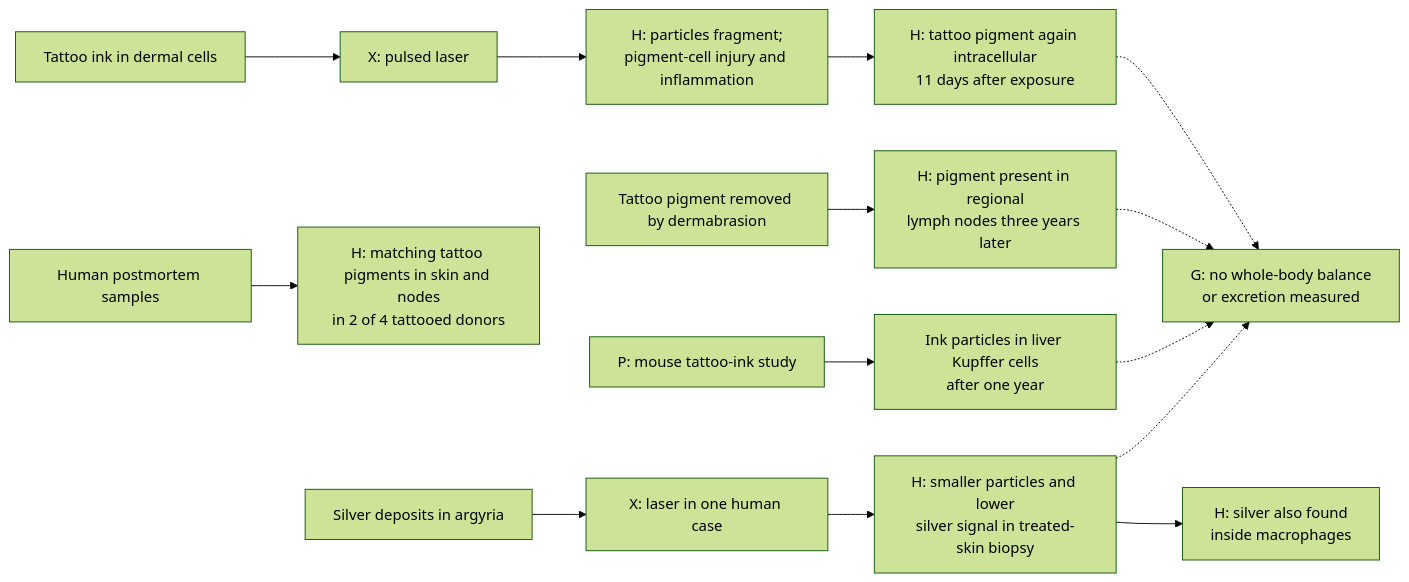
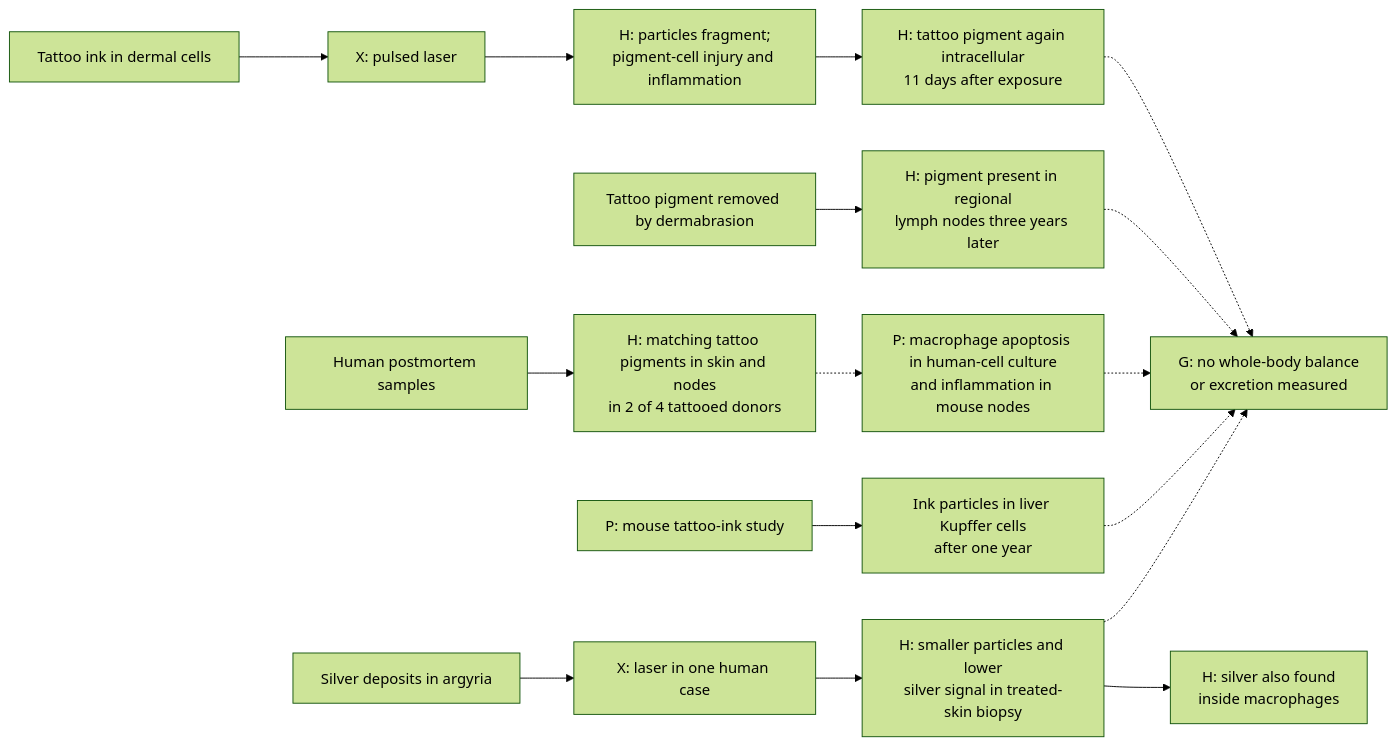
One commit to dylanstechmann/iris-color-without-contacts changed the seventh of 16 diagrams in research/tissue-pigment-atlas.md. Above: the diagram before and after it, drawn with Mermaid (forest theme). The commit also changed other lines of this file, not shown here.

````diff
--- a/research/tissue-pigment-atlas.md
+++ b/research/tissue-pigment-atlas.md
@@ -167,16 +168,18 @@
 ```mermaid
 flowchart LR
     T["Tattoo ink in dermal cells"] --> X["X: pulsed laser"]
     X --> F["H: particles fragment;<br/>pigment-cell injury and inflammation"]
     F --> R["H: tattoo pigment again intracellular<br/>11 days after exposure"]
     D["Tattoo pigment removed by dermabrasion"] --> N["H: pigment present in regional<br/>lymph nodes three years later"]
     H["Human postmortem samples"] --> N2["H: matching tattoo pigments in skin and nodes<br/>in 2 of 4 tattooed donors"]
+    N2 -.-> P2["P: macrophage apoptosis in human-cell culture<br/>and inflammation in mouse nodes"]
+    P2 -.-> G
     P["P: mouse tattoo-ink study"] --> L["Ink particles in liver Kupffer cells<br/>after one year"]
     L -.-> G
     A["Silver deposits in argyria"] --> Y["X: laser in one human case"]
     Y --> S["H: smaller particles and lower<br/>silver signal in treated-skin biopsy"]
     S --> M["H: silver also found<br/>inside macrophages"]
     S -.-> G["G: no whole-body balance<br/>or excretion measured"]
     N -.-> G
     R -.-> G
 ```
````
